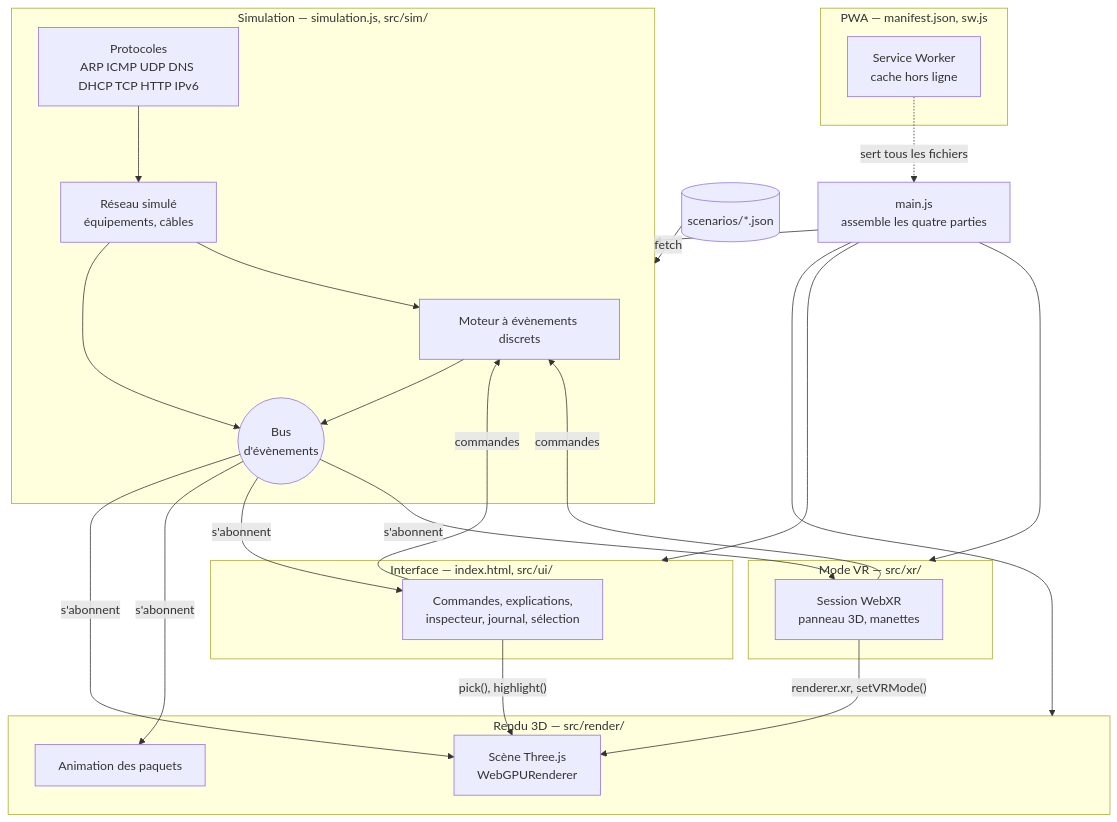
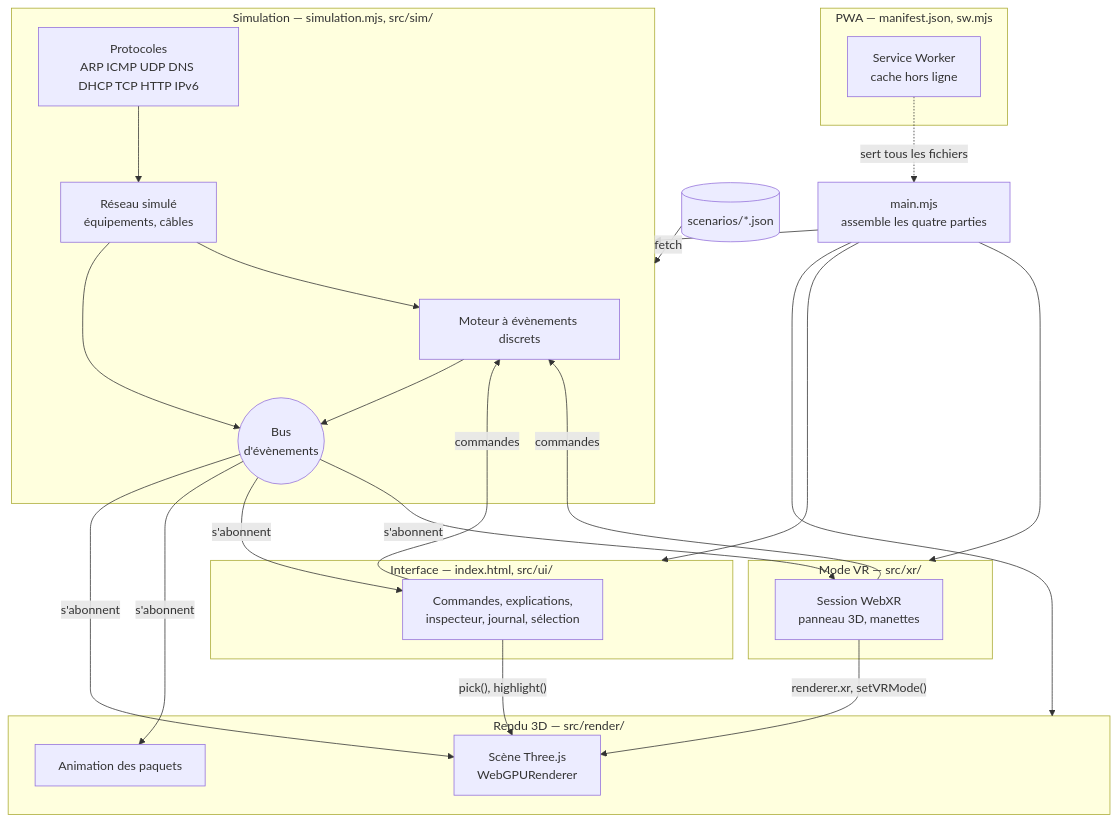
Before and after one commit to ramydriwech/3D-Network-LAB: the diagram in docs/architecture.md, drawn with Mermaid. The commit also changed other lines of this file and 281 other files, not shown here.

Commit message:
Labo par défaut, mode classique agrandi, 100 % WebGPU, bouton Installer, panneau Technologies, mobilier et câblage à la main, mains, inspecteur de trames, fichiers .mjs

````diff
--- a/docs/architecture.md
+++ b/docs/architecture.md
@@ -8,43 +8,43 @@
 ```mermaid
 flowchart TB
-  main["main.js<br/>assemble les quatre parties"]
+  main["main.mjs<br/>assemble les quatre parties"]
 
-  subgraph sim["Simulation — simulation.js, src/sim/"]
+  subgraph sim["Simulation — simulation.mjs, src/sim/"]
     engine["Moteur à évènements discrets"]
     net["Réseau simulé<br/>équipements, câbles"]
     protos["Protocoles<br/>ARP ICMP UDP DNS DHCP TCP HTTP IPv6"]
     bus(("Bus<br/>d'évènements"))
     engine --> bus
     net --> bus
     protos --> net
     net --> engine
   end
 
   subgraph render["Rendu 3D — src/render/"]
     scene["Scène Three.js<br/>WebGPURenderer"]
     anim["Animation des paquets"]
   end
 
   subgraph ui["Interface — index.html, src/ui/"]
     panels["Commandes, explications,<br/>inspecteur, journal, sélection"]
   end
 
   subgraph xr["Mode VR — src/xr/"]
     session["Session WebXR<br/>panneau 3D, manettes"]
   end
 
-  subgraph pwa["PWA — manifest.json, sw.js"]
+  subgraph pwa["PWA — manifest.json, sw.mjs"]
     sw["Service Worker<br/>cache hors ligne"]
   end
 
   json[("scenarios/*.json")]
 
   main --> sim & render & ui & xr
   json -- "fetch" --> sim
   bus -- "s'abonnent" --> scene & anim & panels & session
   panels -- "commandes" --> engine
   session -- "commandes" --> engine
   panels -- "pick(), highlight()" --> scene
   session -- "renderer.xr, setVRMode()" --> scene
   sw -. "sert tous les fichiers" .-> main
 ```
````
